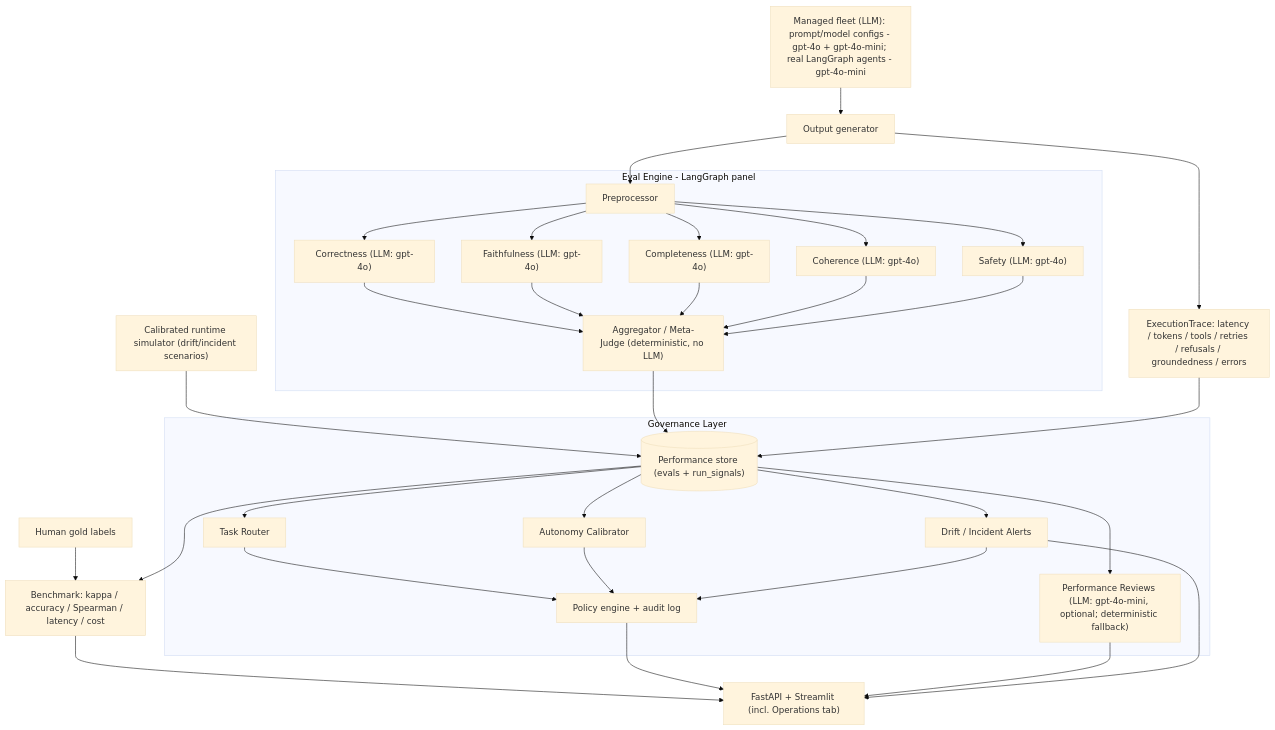
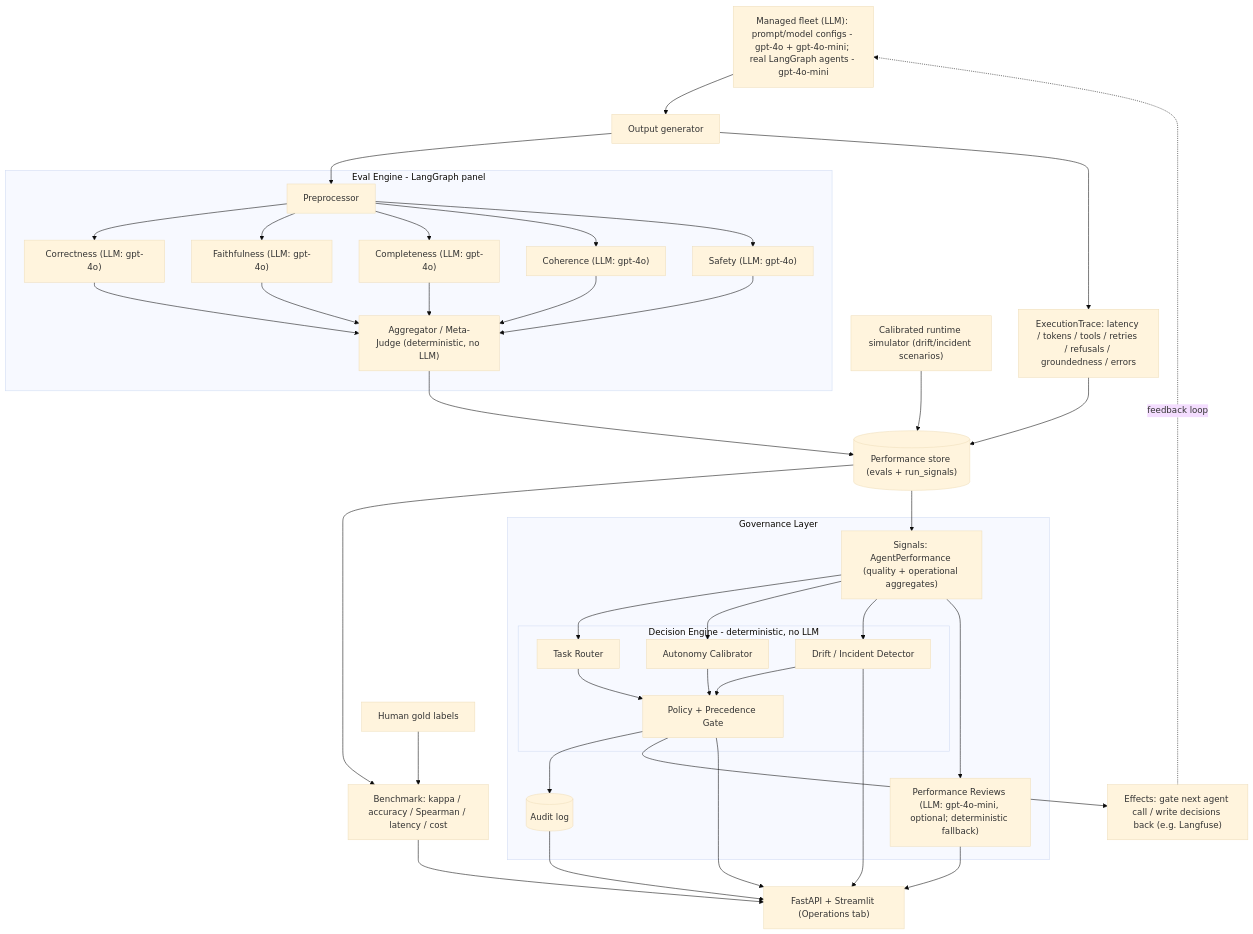
One commit to GaliDev/potential-train changed the diagram in docs/report.md. Above: the diagram before and after it, drawn with Mermaid (base theme). The commit also changed other lines of this file, not shown here.

Commit message:
Clarify decision engine vs governance layer in architecture
Redraw the architecture diagram to show the three-layer flow:
signals (AgentPerformance) -> decision engine (router/autonomy/drift +
policy precedence gate, deterministic/no LLM) -> effects (gate next call /
write decisions back), with a feedback loop to the fleet. Reviews and the
audit log are shown as engine outputs, not deciders, and the decision
engine is a nested core inside the governance-layer umbrella. Adds a
prose paragraph stating the signals-in / effects-out relationship.

````diff
--- a/docs/report.md
+++ b/docs/report.md
@@ -99,36 +107,48 @@
 ```mermaid
 flowchart TD
     Fleet["Managed fleet (LLM): prompt/model configs - gpt-4o + gpt-4o-mini; real LangGraph agents - gpt-4o-mini"] --> Gen[Output generator]
     Sim["Calibrated runtime simulator (drift/incident scenarios)"] --> Store
     Gen --> Pre[Preprocessor]
     Gen --> Trace["ExecutionTrace: latency / tokens / tools / retries / refusals / groundedness / errors"]
     subgraph eval [Eval Engine - LangGraph panel]
       Pre --> Correct["Correctness (LLM: gpt-4o)"]
       Pre --> Faith["Faithfulness (LLM: gpt-4o)"]
       Pre --> Complete["Completeness (LLM: gpt-4o)"]
       Pre --> Coh["Coherence (LLM: gpt-4o)"]
       Pre --> Safe["Safety (LLM: gpt-4o)"]
       Correct --> Agg["Aggregator / Meta-Judge (deterministic, no LLM)"]
       Faith --> Agg
       Complete --> Agg
       Coh --> Agg
       Safe --> Agg
     end
     Agg --> Store[("Performance store (evals + run_signals)")]
     Trace --> Store
     Gold["Human gold labels"] --> Bench["Benchmark: kappa / accuracy / Spearman / latency / cost"]
     Store --> Bench
     subgraph gov [Governance Layer]
-      Store --> Router[Task Router]
-      Store --> Autonomy[Autonomy Calibrator]
-      Store --> Review["Performance Reviews (LLM: gpt-4o-mini, optional; deterministic fallback)"]
-      Store --> Drift[Drift / Incident Alerts]
-      Router --> Policy[Policy engine + audit log]
-      Autonomy --> Policy
-      Drift --> Policy
+      Signals["Signals: AgentPerformance (quality + operational aggregates)"]
+      subgraph engine [Decision Engine - deterministic, no LLM]
+        Router[Task Router]
+        Autonomy[Autonomy Calibrator]
+        Drift[Drift / Incident Detector]
+        Policy["Policy + Precedence Gate"]
+        Router --> Policy
+        Autonomy --> Policy
+        Drift --> Policy
+      end
+      Signals --> Router
+      Signals --> Autonomy
+      Signals --> Drift
+      Signals --> Review["Performance Reviews (LLM: gpt-4o-mini, optional; deterministic fallback)"]
+      Policy --> Audit[("Audit log")]
     end
-    Bench --> UI["FastAPI + Streamlit (incl. Operations tab)"]
+    Store --> Signals
+    Policy --> Effects["Effects: gate next agent call / write decisions back (e.g. Langfuse)"]
+    Effects -. feedback loop .-> Fleet
+    Bench --> UI["FastAPI + Streamlit (Operations tab)"]
     Policy --> UI
     Review --> UI
     Drift --> UI
+    Audit --> UI
 ```
````
